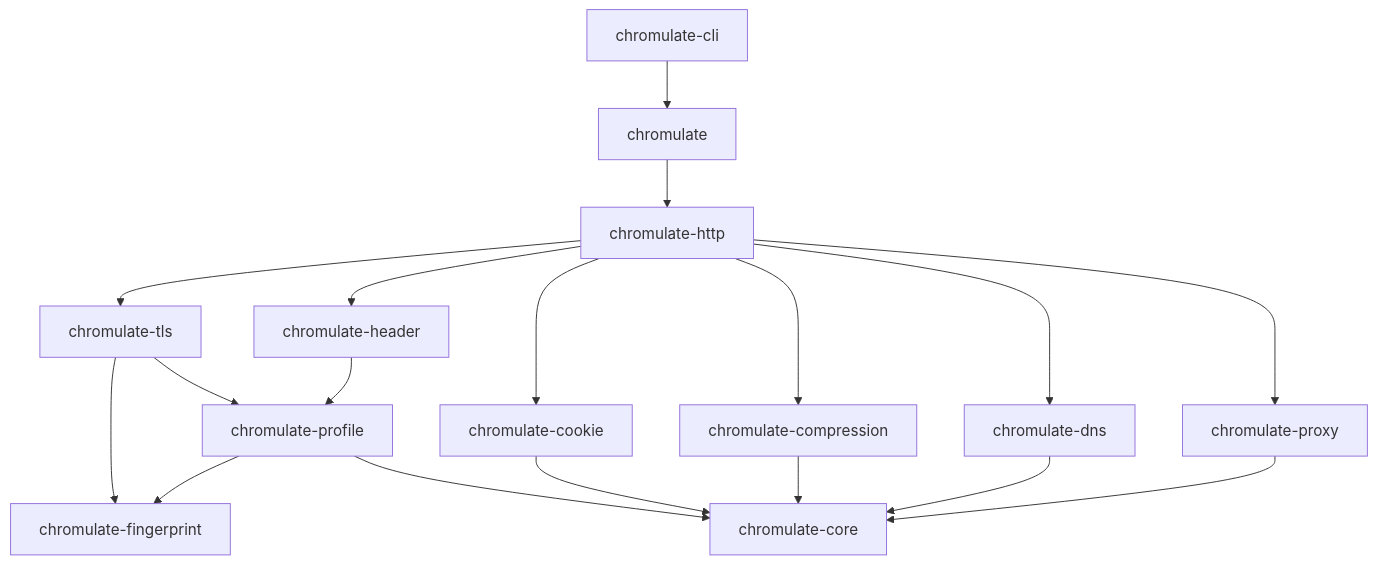
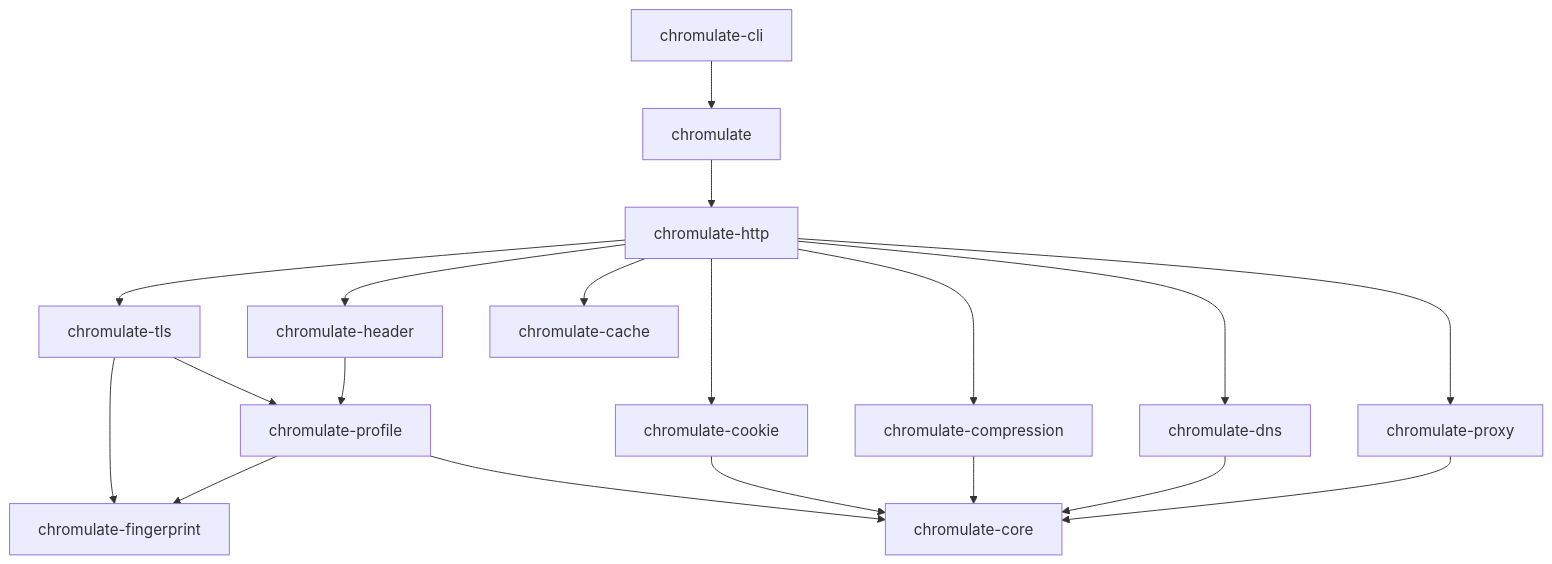
One commit to cagataycankaya/chromulate changed the diagram in README.md. Above: the diagram before and after it, drawn with Mermaid. The commit also changed other lines of this file and 7 other files, not shown here.

````diff
--- a/README.md
+++ b/README.md
@@ -239,20 +239,21 @@
 ```mermaid
 graph TD
     cli["chromulate-cli"] --> facade["chromulate"]
     facade --> http["chromulate-http"]
     http --> tls["chromulate-tls"]
     http --> header["chromulate-header"]
     http --> cookie["chromulate-cookie"]
     http --> compression["chromulate-compression"]
     http --> dns["chromulate-dns"]
+    http --> cache["chromulate-cache"]
     http --> proxy["chromulate-proxy"]
     tls --> profile["chromulate-profile"]
     tls --> fingerprint["chromulate-fingerprint"]
     header --> profile
     profile --> fingerprint
     profile --> core["chromulate-core"]
     cookie --> core
     compression --> core
     dns --> core
     proxy --> core
 ```
````
